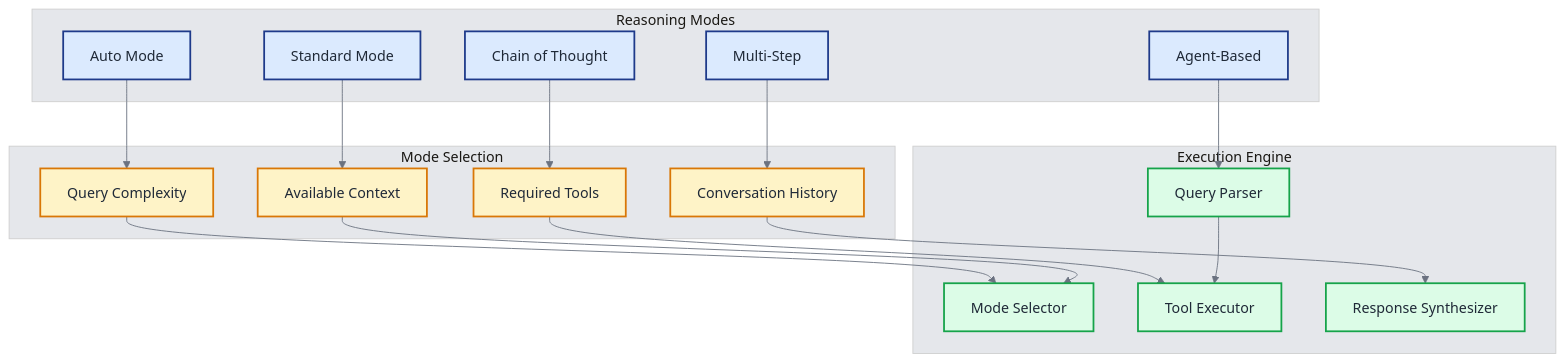
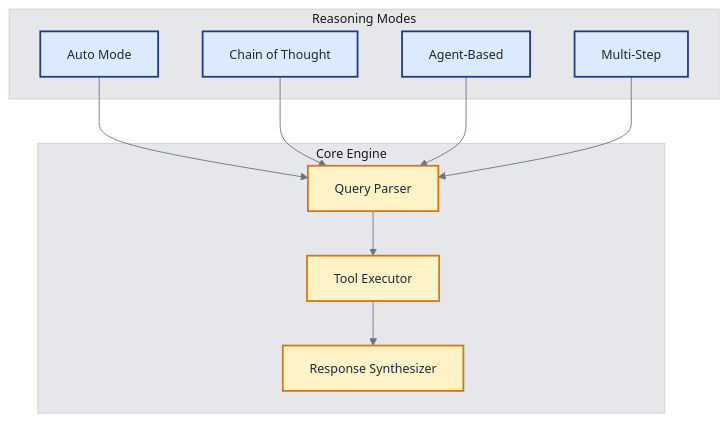
One commit to khaosans/basic-chat changed the first of 7 diagrams in docs/FEATURES.md. Above: the diagram before and after it, drawn with Mermaid. The commit also changed other lines of this file and 3 other files, not shown here.

Commit message:
docs: Revise technical overview and update architecture diagrams - Simplify terminology and improve clarity in diagrams - Adjust font sizes and class definitions for better readability

````diff
--- a/docs/FEATURES.md
+++ b/docs/FEATURES.md
@@ -22,45 +22,30 @@
 ```mermaid
-%%{init: {'theme': 'base', 'themeVariables': { 'fontSize': '16px', 'fontFamily': 'Arial, sans-serif', 'primaryColor': '#1e3a8a', 'primaryTextColor': '#1f2937', 'primaryBorderColor': '#374151', 'lineColor': '#6b7280', 'secondaryColor': '#f3f4f6', 'tertiaryColor': '#e5e7eb', 'edgeLabelBackground': '#f9fafb'}}}%%
+%%{init: {'theme': 'base', 'themeVariables': { 'fontSize': '14px', 'fontFamily': 'Arial, sans-serif', 'primaryColor': '#1e3a8a', 'primaryTextColor': '#1f2937', 'primaryBorderColor': '#374151', 'lineColor': '#6b7280', 'secondaryColor': '#f3f4f6', 'tertiaryColor': '#e5e7eb'}}}%%
 graph TB
     subgraph "Reasoning Modes"
         AUTO[Auto Mode]
-        STANDARD[Standard Mode]
         COT[Chain of Thought]
+        AGENT[Agent-Based]
         MULTI[Multi-Step]
-        AGENT[Agent-Based]
     end
     
-    subgraph "Mode Selection"
-        COMPLEXITY[Query Complexity]
-        CONTEXT[Available Context]
-        TOOLS[Required Tools]
-        HISTORY[Conversation History]
-    end
-    
-    subgraph "Execution Engine"
+    subgraph "Core Engine"
         PARSER[Query Parser]
-        SELECTOR[Mode Selector]
         EXECUTOR[Tool Executor]
         SYNTHESIZER[Response Synthesizer]
     end
     
-    AUTO --> COMPLEXITY
-    STANDARD --> CONTEXT
-    COT --> TOOLS
-    MULTI --> HISTORY
+    AUTO --> PARSER
+    COT --> PARSER
     AGENT --> PARSER
+    MULTI --> PARSER
     
-    COMPLEXITY --> SELECTOR
-    CONTEXT --> SELECTOR
-    TOOLS --> EXECUTOR
-    HISTORY --> SYNTHESIZER
     PARSER --> EXECUTOR
+    EXECUTOR --> SYNTHESIZER
     
     classDef modes fill:#dbeafe,stroke:#1e3a8a,stroke-width:2px,color:#1f2937
-    classDef selection fill:#fef3c7,stroke:#d97706,stroke-width:2px,color:#1f2937
-    classDef engine fill:#dcfce7,stroke:#16a34a,stroke-width:2px,color:#1f2937
+    classDef engine fill:#fef3c7,stroke:#d97706,stroke-width:2px,color:#1f2937
     
-    class AUTO,STANDARD,COT,MULTI,AGENT modes
-    class COMPLEXITY,CONTEXT,TOOLS,HISTORY selection
-    class PARSER,SELECTOR,EXECUTOR,SYNTHESIZER engine
+    class AUTO,COT,AGENT,MULTI modes
+    class PARSER,EXECUTOR,SYNTHESIZER engine
 ```
````
